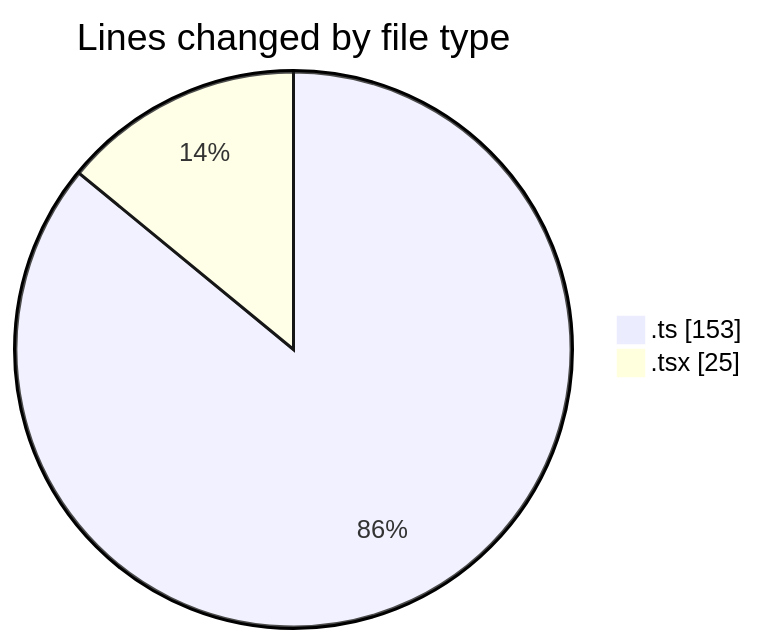
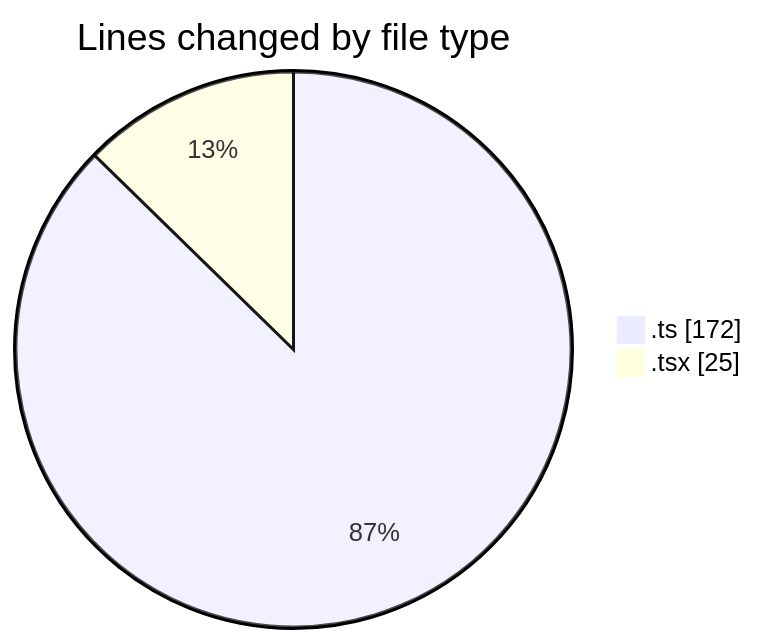
Before and after one commit to julien-gomy/code-tracking: the first of 2 diagrams in 2025-11-26/eventscop-frontend-guide__workspace_/README.md, drawn with Mermaid. The commit also changed other lines of this file and 1 other file, not shown here.

````diff
--- a/2025-11-26/eventscop-frontend-guide__workspace_/README.md
+++ b/2025-11-26/eventscop-frontend-guide__workspace_/README.md
@@ -22,6 +22,6 @@
 ```mermaid
 pie showData
 title Lines changed by file type
-".ts" : 153
+".ts" : 172
 ".tsx" : 25
 ```
````
